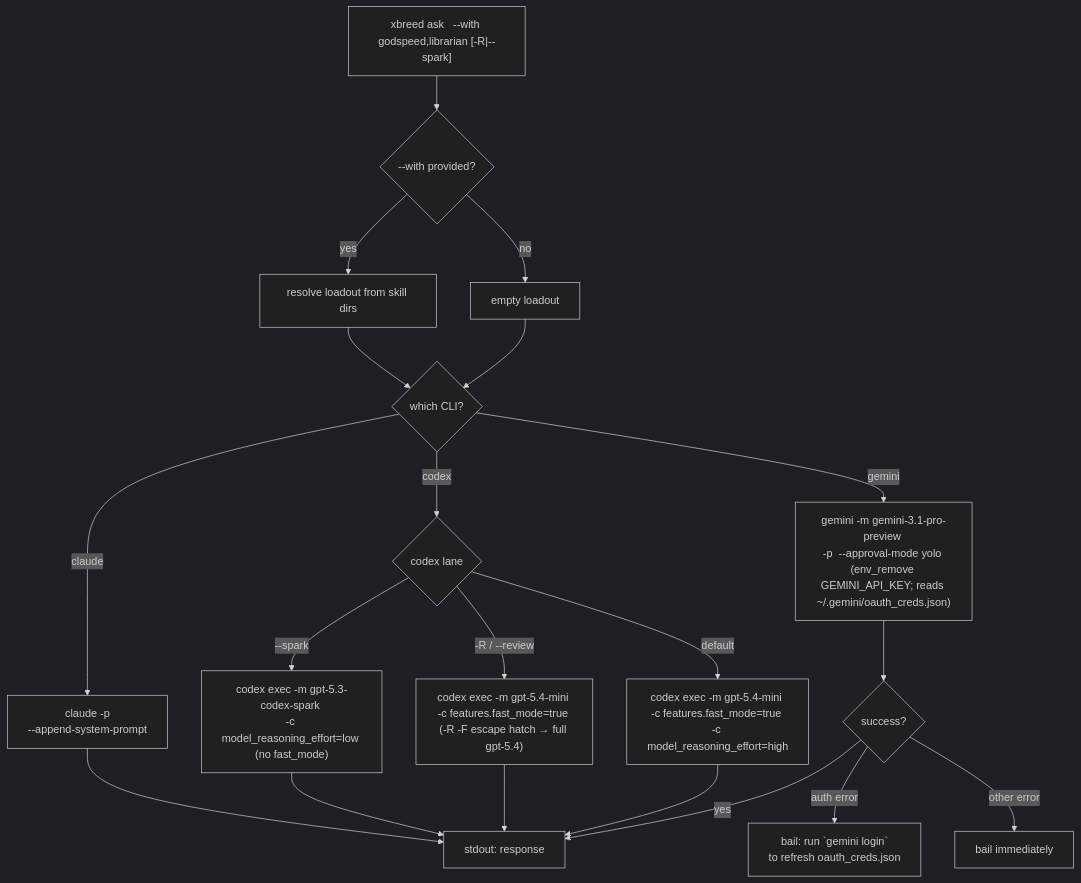
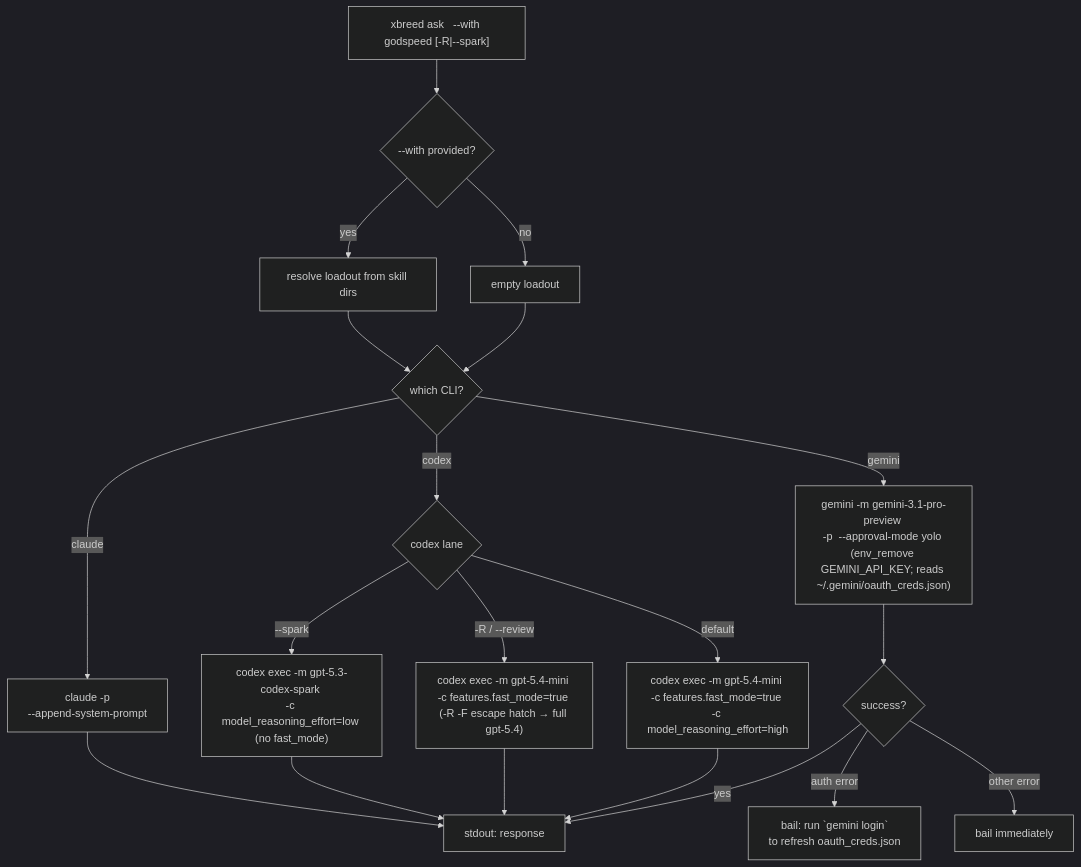
The fourth of 11 diagrams in docs/command-flows.md (VeigaPunk/xbrd-gdsp-fknpft), drawn with Mermaid (dark theme) before and after one commit. The commit also changed 8 other files, not shown here.

````diff
--- a/docs/command-flows.md
+++ b/docs/command-flows.md
@@ -84,27 +84,27 @@
 ```mermaid
 flowchart TD
-    A["xbreed ask <cli> <prompt> --with godspeed,librarian [-R|--spark]"]
+    A["xbreed ask <cli> <prompt> --with godspeed [-R|--spark]"]
     A --> B{--with provided?}
     B -->|yes| C[resolve loadout from skill dirs]
     B -->|no| D[empty loadout]
     C --> E{which CLI?}
     D --> E
 
     E -->|claude| F["claude -p <prompt> \n--append-system-prompt <loadout>"]
     E -->|codex| Cdx{codex lane}
     E -->|gemini| H["gemini -m gemini-3.1-pro-preview \n-p <prompt> --approval-mode yolo \n(env_remove GEMINI_API_KEY; reads ~/.gemini/oauth_creds.json)"]
 
     Cdx -->|--spark| Csp["codex exec -m gpt-5.3-codex-spark \n-c model_reasoning_effort=low \n(no fast_mode)"]
     Cdx -->|"-R / --review"| Crv["codex exec -m gpt-5.4-mini \n-c features.fast_mode=true \n(-R -F escape hatch → full gpt-5.4)"]
     Cdx -->|default| Cdf["codex exec -m gpt-5.4-mini \n-c features.fast_mode=true \n-c model_reasoning_effort=high"]
 
     H --> Ha{success?}
     Ha -->|yes| P[stdout: response]
     Ha -->|auth error| Hae["bail: run `gemini login` \nto refresh oauth_creds.json"]
     Ha -->|other error| R[bail immediately]
 
     F --> P
     Csp --> P
     Crv --> P
     Cdf --> P
 ```
````
